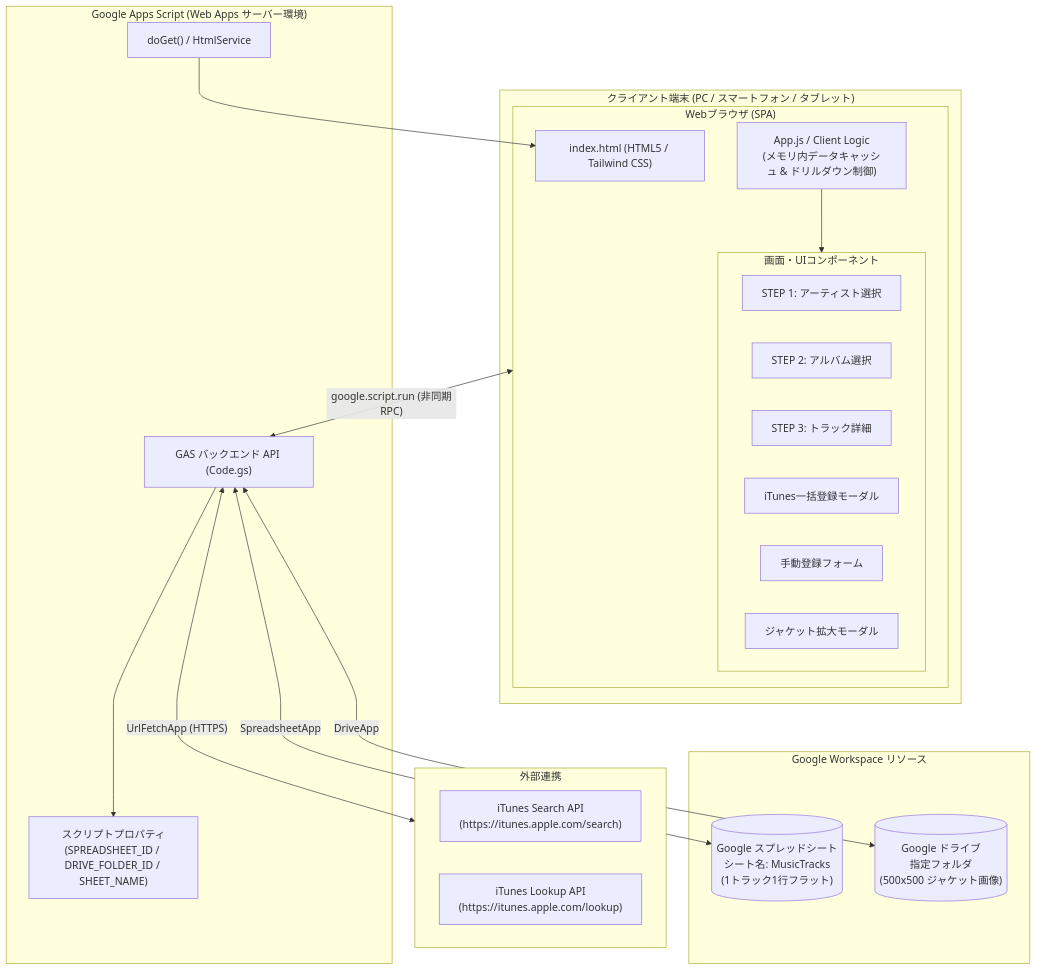
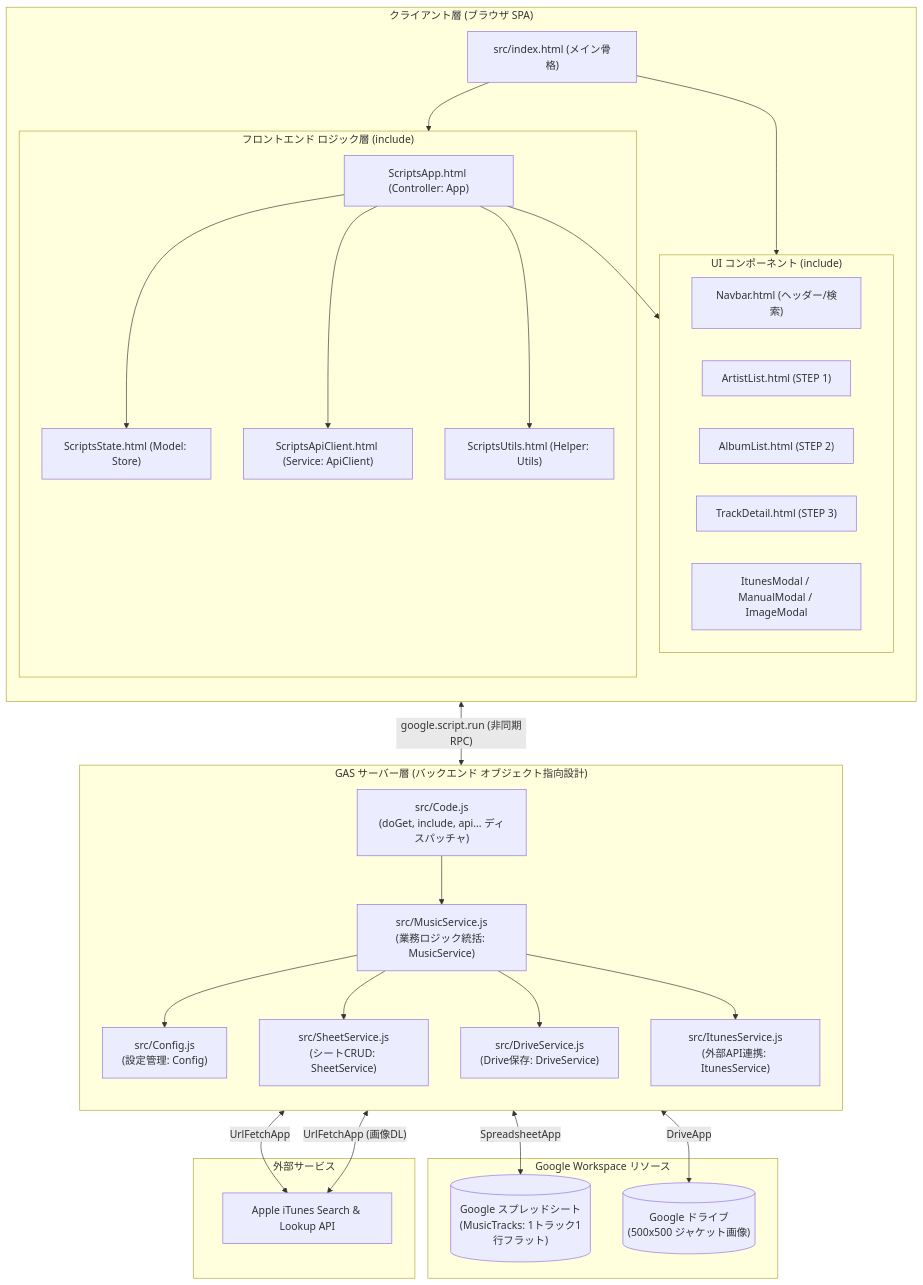
The first of 8 diagrams in docs/BASIC_DESIGN.md (nankojin-ops/MusicInfo-app), drawn with Mermaid before and after one commit. The commit also changed other lines of this file, not shown here.

````diff
--- a/docs/BASIC_DESIGN.md
+++ b/docs/BASIC_DESIGN.md
@@ -82,42 +104,57 @@
 ```mermaid
-flowchart TD
-    subgraph ClientDevice ["クライアント端末 (PC / スマートフォン / タブレット)"]
-        subgraph WebBrowser ["Webブラウザ (SPA)"]
-            IndexHTML["index.html (HTML5 / Tailwind CSS)"]
-            AppController["App.js / Client Logic<br>(メモリ内データキャッシュ & ドリルダウン制御)"]
-            subgraph Views ["画面・UIコンポーネント"]
-                Pane1["STEP 1: アーティスト選択"]
-                Pane2["STEP 2: アルバム選択"]
-                Pane3["STEP 3: トラック詳細"]
-                ModalSearch["iTunes一括登録モーダル"]
-                ModalManual["手動登録フォーム"]
-                ModalImage["ジャケット拡大モーダル"]
-            end
-            AppController --> Views
+flowchart TB
+    subgraph Browser ["クライアント層 (ブラウザ SPA)"]
+        direction TB
+        index["src/index.html (メイン骨格)"]
+        subgraph UI_Components ["UI コンポーネント (include)"]
+            Navbar["Navbar.html (ヘッダー/検索)"]
+            ArtistList["ArtistList.html (STEP 1)"]
+            AlbumList["AlbumList.html (STEP 2)"]
+            TrackDetail["TrackDetail.html (STEP 3)"]
+            Modals["ItunesModal / ManualModal / ImageModal"]
         end
+        subgraph Client_Logic ["フロントエンド ロジック層 (include)"]
+            App["ScriptsApp.html (Controller: App)"]
+            Store["ScriptsState.html (Model: Store)"]
+            ApiClient["ScriptsApiClient.html (Service: ApiClient)"]
+            Utils["ScriptsUtils.html (Helper: Utils)"]
+        end
+        index --> UI_Components
+        index --> Client_Logic
+        App --> Store
+        App --> ApiClient
+        App --> UI_Components
+        App --> Utils
     end
 
-    subgraph GoogleCloud ["Google Apps Script (Web Apps サーバー環境)"]
-        DoGetHandler["doGet() / HtmlService"]
-        RPCHandler["GAS バックエンド API (Code.gs)"]
-        PropsStore["スクリプトプロパティ<br>(SPREADSHEET_ID / DRIVE_FOLDER_ID / SHEET_NAME)"]
-        
-        DoGetHandler --> IndexHTML
-        RPCHandler --> PropsStore
+    subgraph GAS_Server ["GAS サーバー層 (バックエンド オブジェクト指向設計)"]
+        direction TB
+        Code["src/Code.js<br>(doGet, include, api... ディスパッチャ)"]
+        MusicService["src/MusicService.js<br>(業務ロジック統括: MusicService)"]
+        Config["src/Config.js<br>(設定管理: Config)"]
+        SheetService["src/SheetService.js<br>(シートCRUD: SheetService)"]
+        DriveService["src/DriveService.js<br>(Drive保存: DriveService)"]
+        ItunesService["src/ItunesService.js<br>(外部API連携: ItunesService)"]
+
+        Code --> MusicService
+        MusicService --> Config
+        MusicService --> SheetService
+        MusicService --> DriveService
+        MusicService --> ItunesService
     end
 
-    subgraph ExternalAPI ["外部連携"]
-        iTunesSearch["iTunes Search API<br>(https://itunes.apple.com/search)"]
-        iTunesLookup["iTunes Lookup API<br>(https://itunes.apple.com/lookup)"]
+    subgraph Google_Workspace ["Google Workspace リソース"]
+        GSheet[("Google スプレッドシート<br>(MusicTracks: 1トラック1行フラット)")]
+        GDrive[("Google ドライブ<br>(500x500 ジャケット画像)")]
     end
 
-    subgraph GoogleWorkspace ["Google Workspace リソース"]
-        SheetDB[("Google スプレッドシート<br>シート名: MusicTracks<br>(1トラック1行フラット)")]
-        DriveStore[("Google ドライブ<br>指定フォルダ<br>(500x500 ジャケット画像)")]
+    subgraph External_API ["外部サービス"]
+        iTunes["Apple iTunes Search & Lookup API"]
     end
 
-    WebBrowser <-->|"google.script.run (非同期RPC)"| RPCHandler
-    RPCHandler <-->|"UrlFetchApp (HTTPS)"| ExternalAPI
-    RPCHandler <-->|"SpreadsheetApp"| SheetDB
-    RPCHandler <-->|"DriveApp"| DriveStore
+    ApiClient <-->|"google.script.run (非同期RPC)"| Code
+    SheetService <-->|"SpreadsheetApp"| GSheet
+    DriveService <-->|"DriveApp"| GDrive
+    ItunesService <-->|"UrlFetchApp"| iTunes
+    DriveService <-->|"UrlFetchApp (画像DL)"| iTunes
 ```
````
